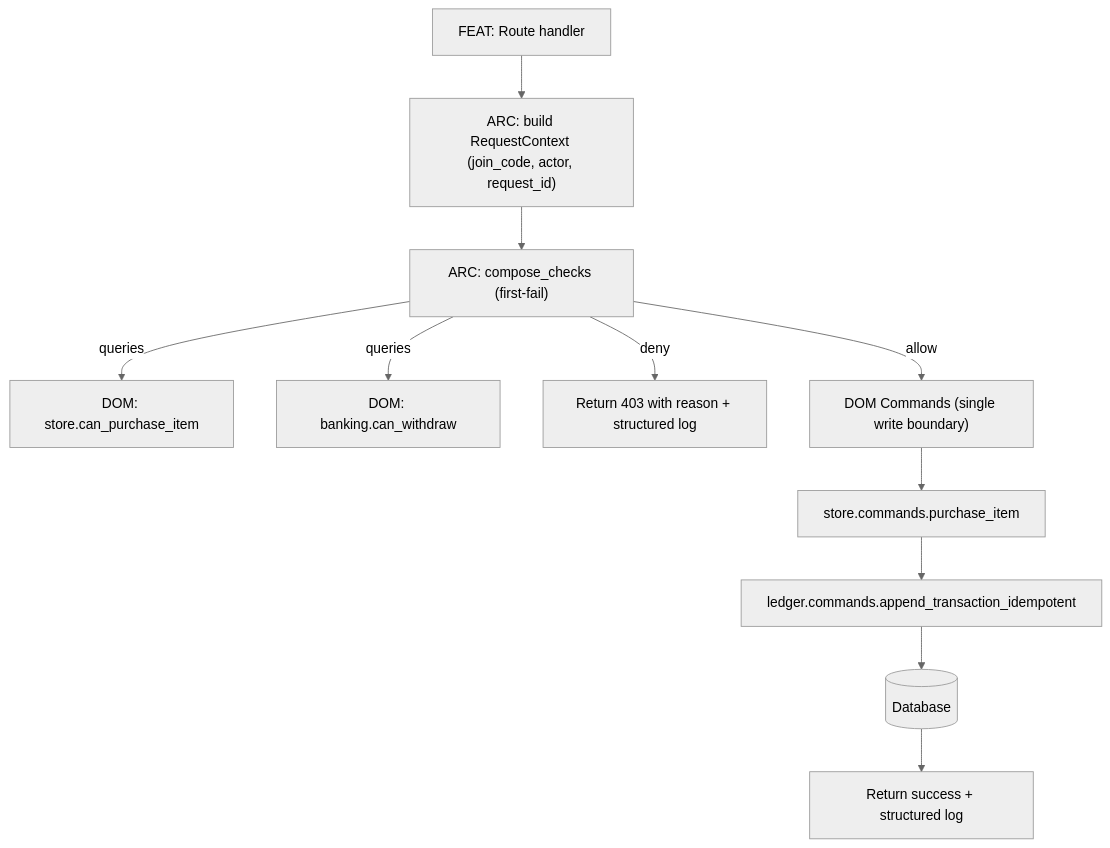
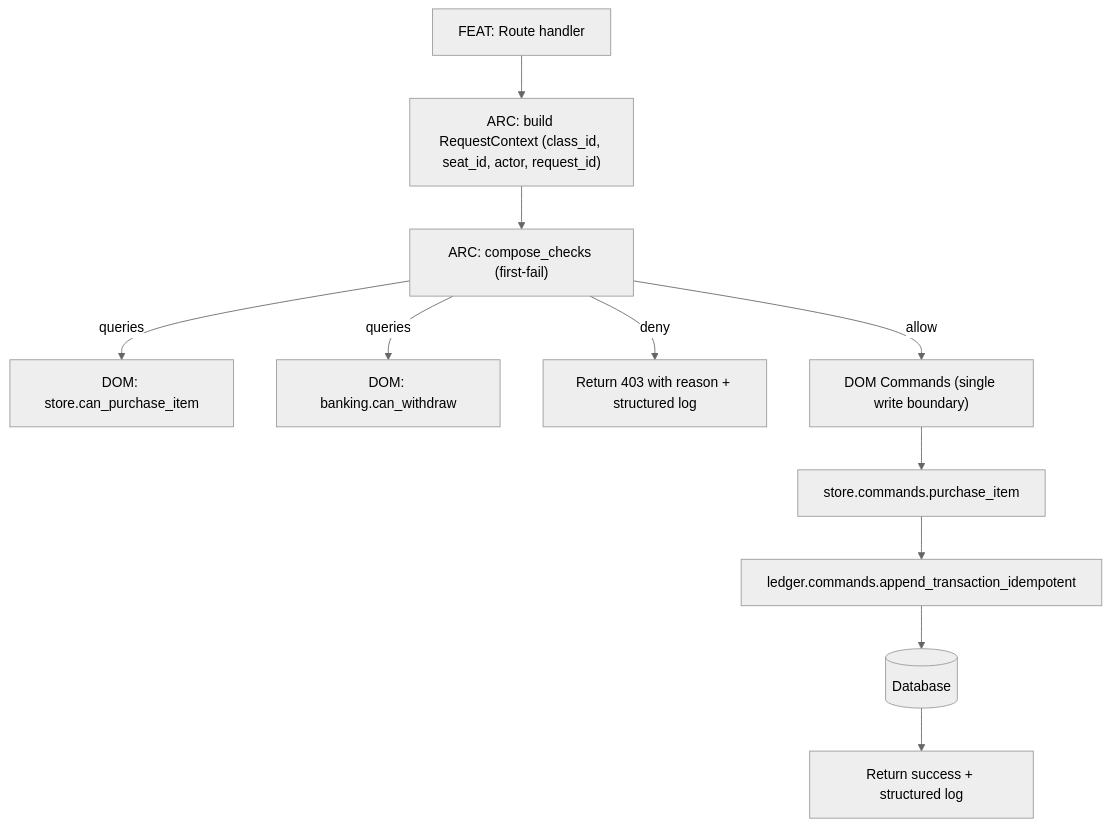
Before and after one commit to timwonderer/classroom-economy: the first of 2 diagrams in docs/SPECS/V2_CAPABILITY-BASED_ARCHITECTURE_REBUILD.md, drawn with Mermaid (neutral theme). The commit also changed other lines of this file and 98 other files, not shown here.

````diff
--- a/docs/SPECS/V2_CAPABILITY-BASED_ARCHITECTURE_REBUILD.md
+++ b/docs/SPECS/V2_CAPABILITY-BASED_ARCHITECTURE_REBUILD.md
@@ -737,13 +740,13 @@
 ```mermaid
 flowchart TD
-    FEAT["FEAT: Route handler"] --> CTX["ARC: build RequestContext (join_code, actor, request_id)"]
+    FEAT["FEAT: Route handler"] --> CTX["ARC: build RequestContext (class_id, seat_id, actor, request_id)"]
     CTX --> COMP["ARC: compose_checks (first-fail)"]
     COMP -->|queries| CAN1["DOM: store.can_purchase_item"]
     COMP -->|queries| CAN2["DOM: banking.can_withdraw"]
     COMP -->|deny| DENY["Return 403 with reason + structured log"]
     COMP -->|allow| CMD["DOM Commands (single write boundary)"]
     CMD --> STORECMD["store.commands.purchase_item"]
     STORECMD --> LEDGERCMD["ledger.commands.append_transaction_idempotent"]
     LEDGERCMD --> DB[(Database)]
     DB --> OK["Return success + structured log"]
 ```
````
